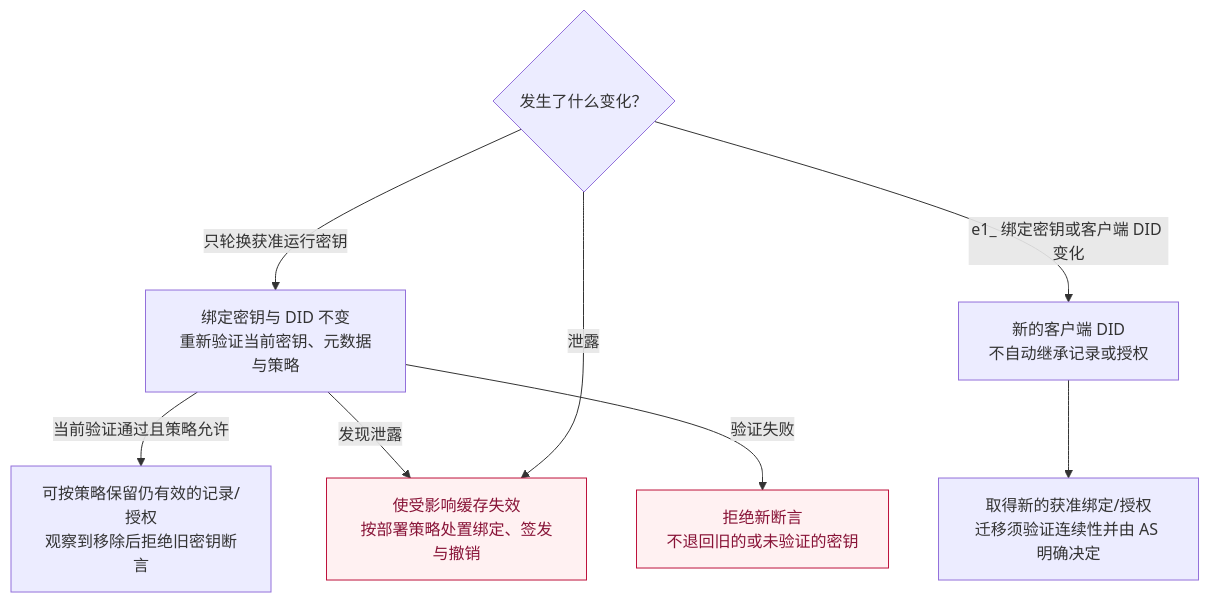
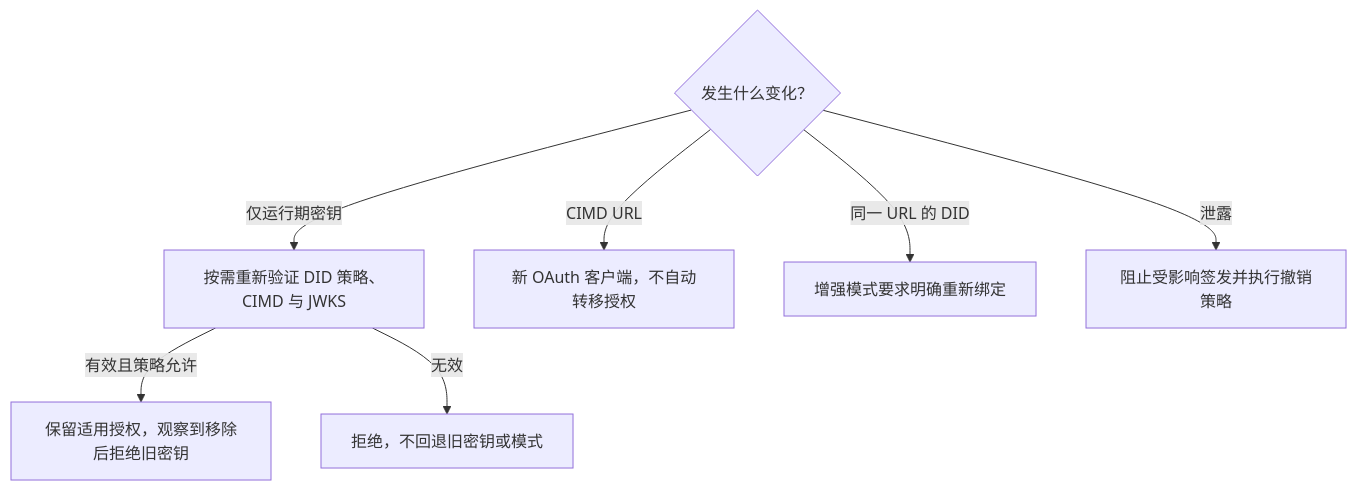
Before and after one commit to agent-network-protocol/AgentNetworkProtocol: the seventh of 7 diagrams in chinese/05-ANP-基于DID的授权协议.md, drawn with Mermaid. The commit also changed other lines of this file and 12 other files, not shown here.

````diff
--- a/chinese/05-ANP-基于DID的授权协议.md
+++ b/chinese/05-ANP-基于DID的授权协议.md
@@ -796,19 +774,10 @@
 ```mermaid
 flowchart TD
-  Change{"发生了什么变化？"}
-  Same["绑定密钥与 DID 不变<br/>重新验证当前密钥、元数据与策略"]
-  Retain["可按策略保留仍有效的记录/授权<br/>观察到移除后拒绝旧密钥断言"]
-  New["新的客户端 DID<br/>不自动继承记录或授权"]
-  Rebind["取得新的获准绑定/授权<br/>迁移须验证连续性并由 AS 明确决定"]
-  Block["使受影响缓存失效<br/>按部署策略处置绑定、签发与撤销"]
-  Reject["拒绝新断言<br/>不退回旧的或未验证的密钥"]
-  Change -->|"只轮换获准运行密钥"| Same
-  Same -->|"当前验证通过且策略允许"| Retain
-  Same -->|"发现泄露"| Block
-  Same -->|"验证失败"| Reject
-  Change -->|"e1_ 绑定密钥或客户端 DID 变化"| New
-  New --> Rebind
-  Change -->|"泄露"| Block
-  classDef reject fill:#fff1f2,stroke:#be123c,color:#881337
-  class Block,Reject reject
+  Change{"发生什么变化？"}
+  Change -->|"仅运行期密钥"| Check["按需重新验证 DID 策略、CIMD 与 JWKS"]
+  Check -->|"有效且策略允许"| Retain["保留适用授权，观察到移除后拒绝旧密钥"]
+  Check -->|"无效"| Reject["拒绝，不回退旧密钥或模式"]
+  Change -->|"CIMD URL"| New["新 OAuth 客户端，不自动转移授权"]
+  Change -->|"同一 URL 的 DID"| Rebind["增强模式要求明确重新绑定"]
+  Change -->|"泄露"| Block["阻止受影响签发并执行撤销策略"]
 ```
````
